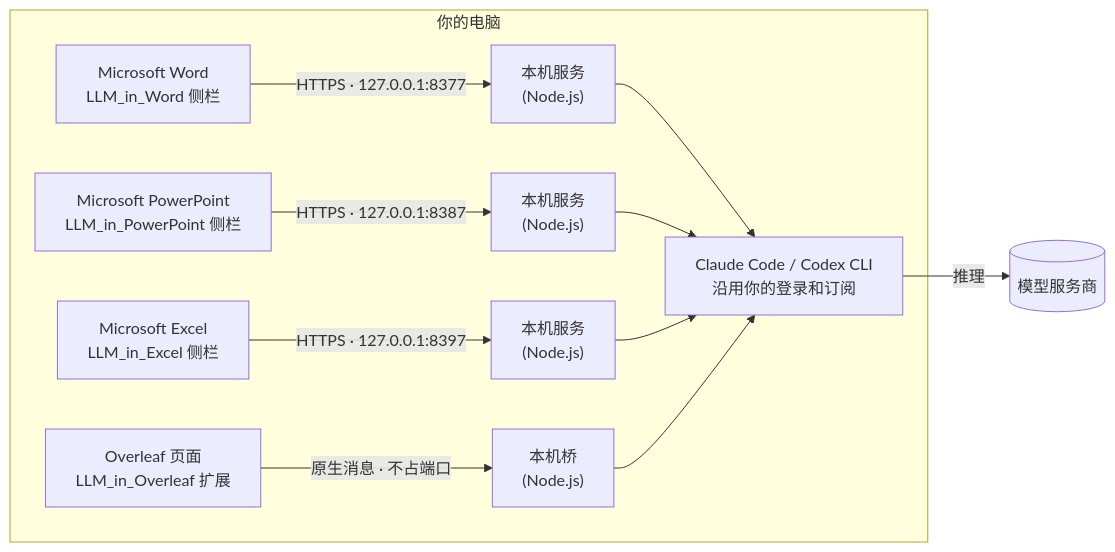
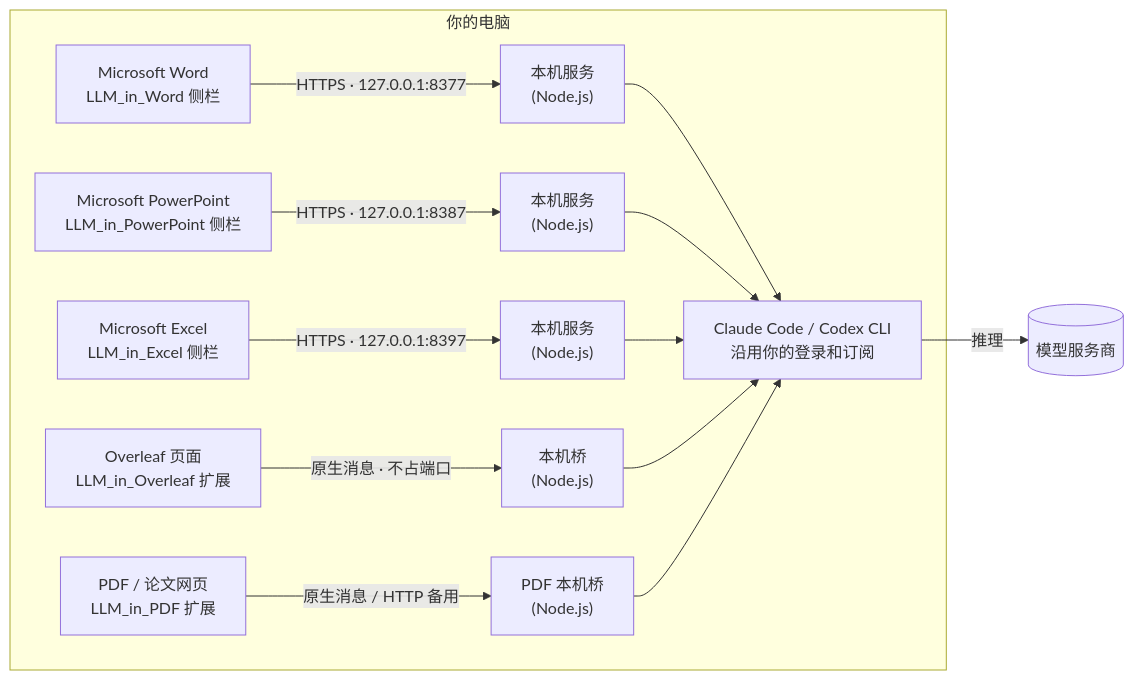
The diagram in README.zh-CN.md (ZJU-OmniAI/LLM_in_Work), drawn with Mermaid before and after one commit. The commit also changed other lines of this file and 429 other files, not shown here.

Commit message:
Add LLM_in_PDF with regression tests, bilingual guides and five-assistant demos

````diff
--- a/README.zh-CN.md
+++ b/README.zh-CN.md
@@ -91,14 +103,16 @@
 ```mermaid
 flowchart LR
   subgraph PC["你的电脑"]
     W["Microsoft Word<br/>LLM_in_Word 侧栏"] -- "HTTPS · 127.0.0.1:8377" --> S["本机服务<br/>(Node.js)"]
     PP["Microsoft PowerPoint<br/>LLM_in_PowerPoint 侧栏"] -- "HTTPS · 127.0.0.1:8387" --> SP["本机服务<br/>(Node.js)"]
     X["Microsoft Excel<br/>LLM_in_Excel 侧栏"] -- "HTTPS · 127.0.0.1:8397" --> SX["本机服务<br/>(Node.js)"]
     O["Overleaf 页面<br/>LLM_in_Overleaf 扩展"] -- "原生消息 · 不占端口" --> H["本机桥<br/>(Node.js)"]
+    D["PDF / 论文网页<br/>LLM_in_PDF 扩展"] -- "原生消息 / HTTP 备用" --> HP["PDF 本机桥<br/>(Node.js)"]
     S --> C["Claude Code / Codex CLI<br/>沿用你的登录和订阅"]
     SP --> C
     SX --> C
     H --> C
+    HP --> C
   end
   C -- "推理" --> P[("模型服务商")]
 ```
````
